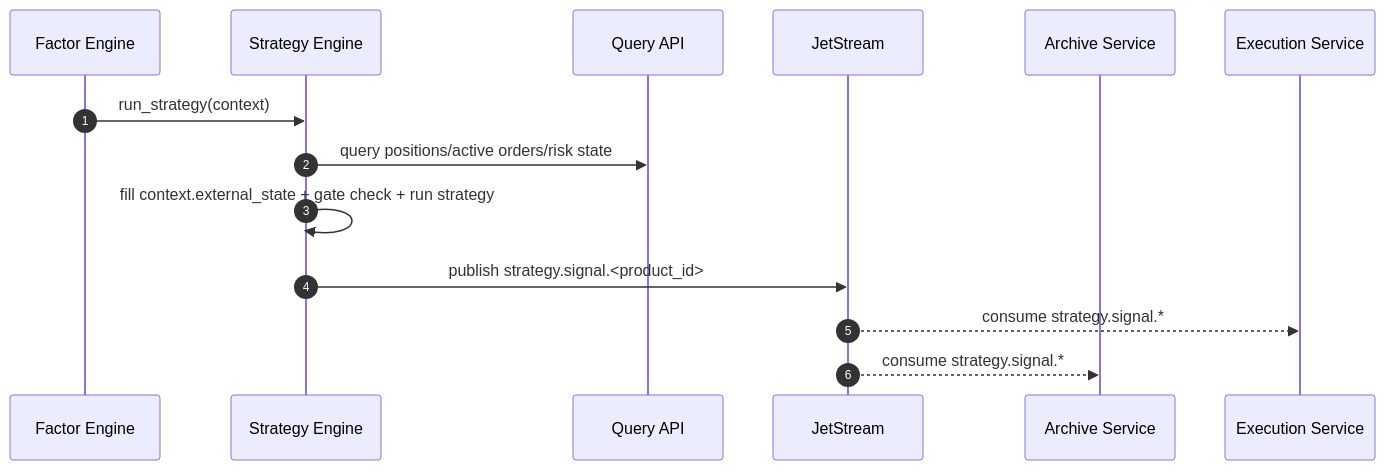
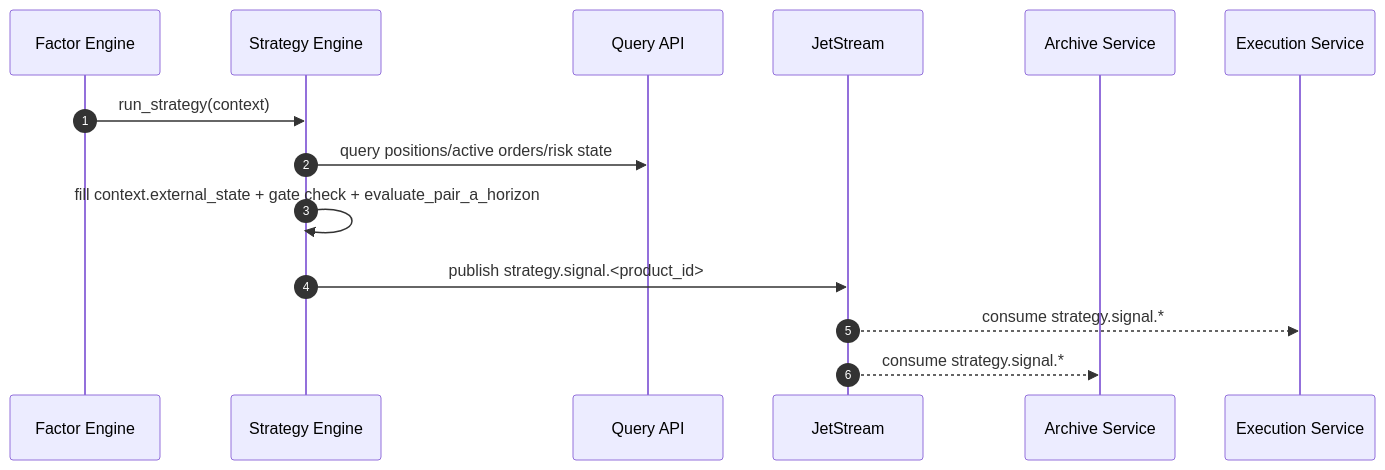
Before and after one commit to lancewliang/vnpy_hft: the second of 2 diagrams in docs/design/03_strategy_engine_technical_design.md, drawn with Mermaid. The commit also changed other lines of this file and 3 other files, not shown here.

````diff
--- a/docs/design/03_strategy_engine_technical_design.md
+++ b/docs/design/03_strategy_engine_technical_design.md
@@ -332,17 +337,17 @@
 ```mermaid
 sequenceDiagram
     autonumber
     participant FE as Factor Engine
     participant SE as Strategy Engine
     participant QA as Query API
     participant MQ as JetStream
     participant AS as Archive Service
     participant OMS as Execution Service
 
     FE->>SE: run_strategy(context)
     SE->>QA: query positions/active orders/risk state
-    SE->>SE: fill context.external_state + gate check + run strategy
+    SE->>SE: fill context.external_state + gate check + evaluate_pair_a_horizon
     SE->>MQ: publish strategy.signal.<product_id>
     MQ-->>OMS: consume strategy.signal.*
     MQ-->>AS: consume strategy.signal.*
 ```
````
